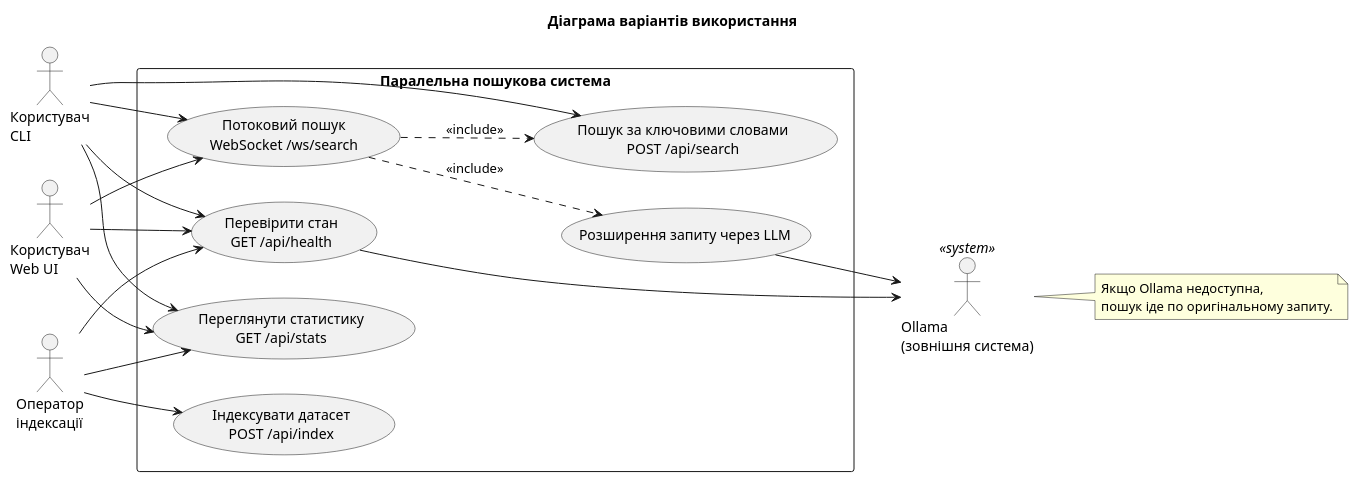
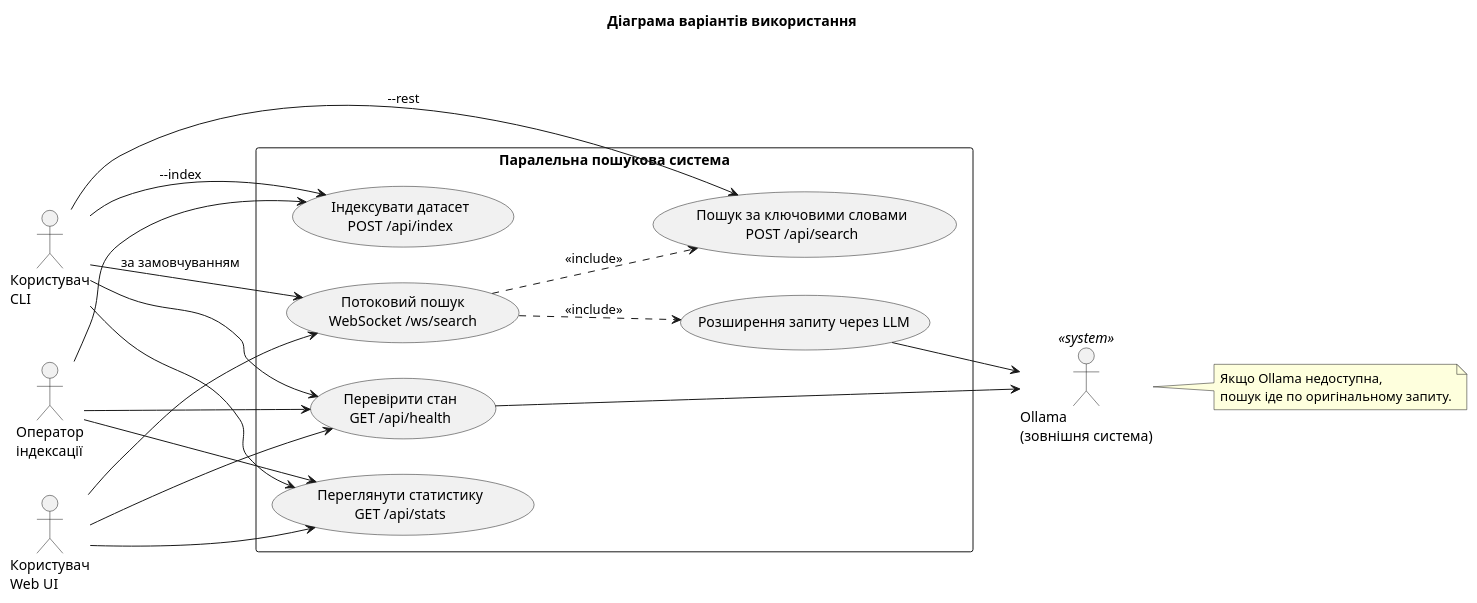
Before and after one commit to V-LP/Parallel-Computing-CW: the diagram in docs/uml/use-case.puml, drawn with PlantUML. The commit also changed 3 other files, not shown here.

Commit message:
docs: describe CLI and update diagrams

```diff
--- a/docs/uml/use-case.puml
+++ b/docs/uml/use-case.puml
@@ -1,46 +1,47 @@
 @startuml use-case
 title Діаграма варіантів використання
 
 left to right direction
 skinparam shadowing false
 skinparam packageStyle rectangle
 
 actor "Користувач\nWeb UI" as WebUser
 actor "Користувач\nCLI" as CliUser
 actor "Оператор\nіндексації" as Operator
 actor "Ollama\n(зовнішня система)" as Ollama <<system>>
 
 rectangle "Паралельна пошукова система" {
   usecase "Індексувати датасет\nPOST /api/index" as UCIndex
   usecase "Пошук за ключовими словами\nPOST /api/search" as UCSearch
   usecase "Розширення запиту через LLM" as UCExpand
   usecase "Потоковий пошук\nWebSocket /ws/search" as UCWs
   usecase "Переглянути статистику\nGET /api/stats" as UCStats
   usecase "Перевірити стан\nGET /api/health" as UCHealth
 }
 
 Operator --> UCIndex
 Operator --> UCStats
 Operator --> UCHealth
 
 WebUser --> UCWs
 WebUser --> UCStats
 WebUser --> UCHealth
 
-CliUser --> UCSearch
-CliUser --> UCWs
+CliUser --> UCSearch : --rest
+CliUser --> UCWs : за замовчуванням
+CliUser --> UCIndex : --index
 CliUser --> UCStats
 CliUser --> UCHealth
 
 UCWs ..> UCExpand : <<include>>
 UCWs ..> UCSearch : <<include>>
 
 UCExpand --> Ollama
 UCHealth --> Ollama
 
 note right of Ollama
   Якщо Ollama недоступна,
   пошук іде по оригінальному запиту.
 end note
 
 @enduml
```
